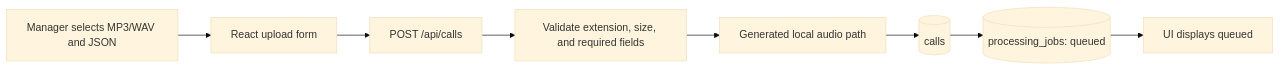
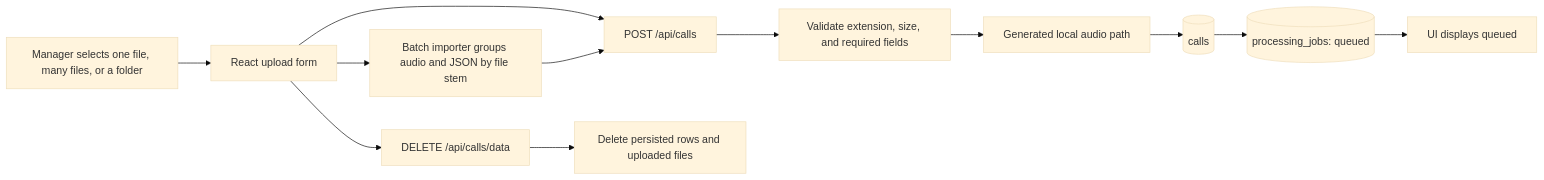
The diagram in docs/stories/story-1.1-upload-register-call.md (vrize-poc-demo/call-center-radar), drawn with Mermaid (base theme) before and after one commit. The commit also changed other lines of this file and 6 other files, not shown here.

````diff
--- a/docs/stories/story-1.1-upload-register-call.md
+++ b/docs/stories/story-1.1-upload-register-call.md
@@ -33,10 +35,14 @@
 ```mermaid
 flowchart LR
-  U[Manager selects MP3/WAV and JSON] --> F[React upload form]
+  U[Manager selects one file, many files, or a folder] --> F[React upload form]
   F --> A[POST /api/calls]
   A --> V[Validate extension, size, and required fields]
   V --> S[Generated local audio path]
   S --> C[(calls)]
   C --> J[(processing_jobs: queued)]
   J --> R[UI displays queued]
+  F --> B[Batch importer groups audio and JSON by file stem]
+  B --> A
+  F --> X[DELETE /api/calls/data]
+  X --> Y[Delete persisted rows and uploaded files]
 ```
````
